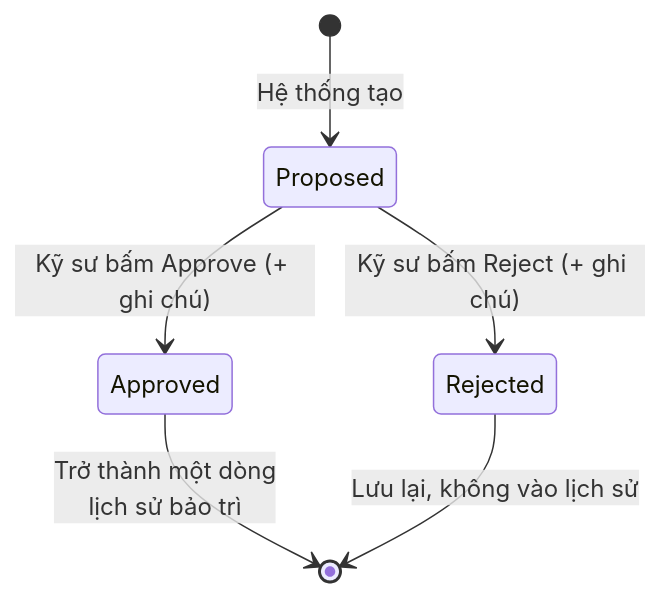
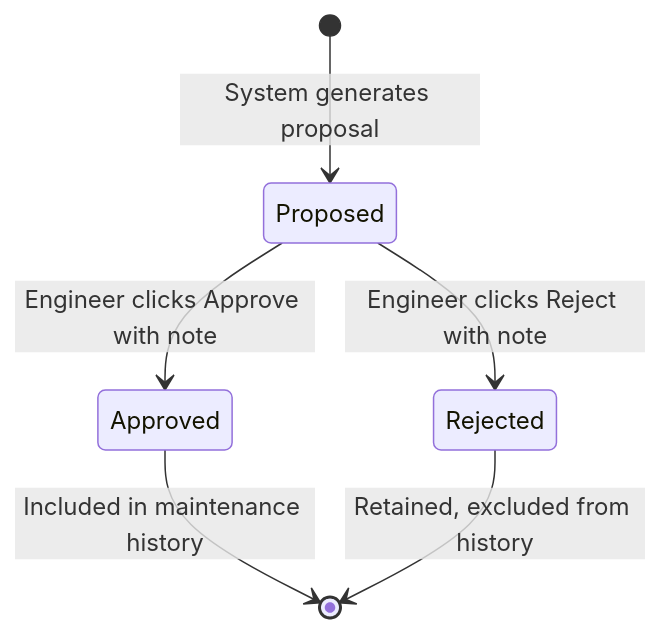
One commit to DungTruong1610/8D_problem_solving changed the fifth of 8 diagrams in presentation/maintenance-history-briefing.md. Above: the diagram before and after it, drawn with Mermaid. The commit also changed other lines of this file and 48 other files, not shown here.

````diff
--- a/presentation/maintenance-history-briefing.md
+++ b/presentation/maintenance-history-briefing.md
@@ -273,8 +273,8 @@
 ```mermaid
 stateDiagram-v2
-    [*] --> Proposed: Hệ thống tạo
-    Proposed --> Approved: Kỹ sư bấm Approve (+ ghi chú)
-    Proposed --> Rejected: Kỹ sư bấm Reject (+ ghi chú)
-    Approved --> [*]: Trở thành một dòng<br/>lịch sử bảo trì
-    Rejected --> [*]: Lưu lại, không vào lịch sử
+    [*] --> Proposed: System generates proposal
+    Proposed --> Approved: Engineer clicks Approve with note
+    Proposed --> Rejected: Engineer clicks Reject with note
+    Approved --> [*]: Included in maintenance history
+    Rejected --> [*]: Retained, excluded from history
 ```
````
